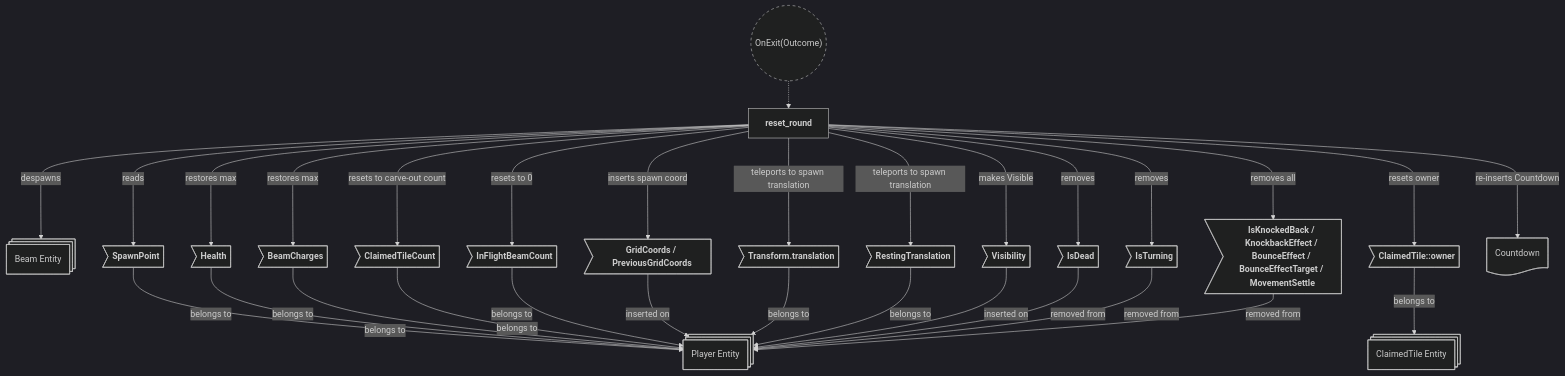
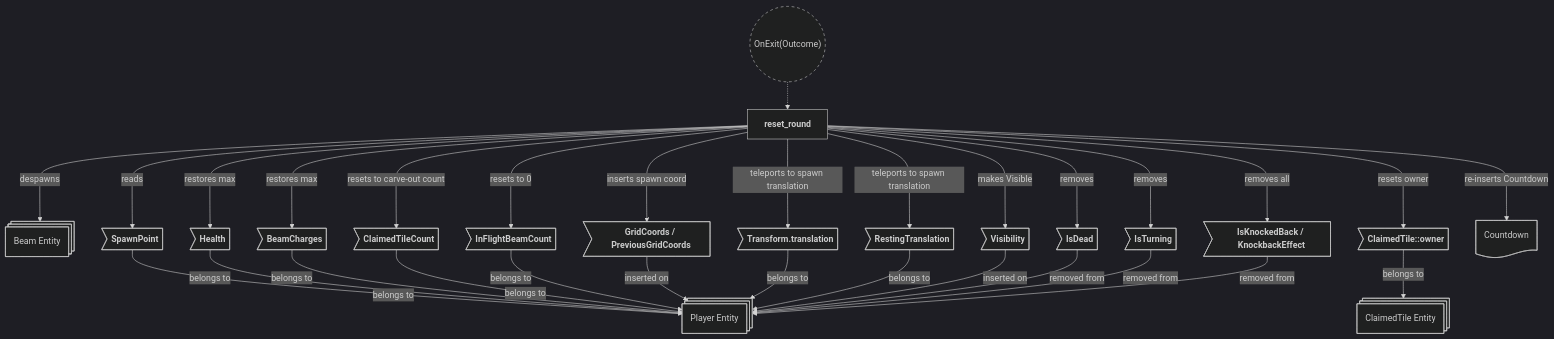
The ninth of 9 diagrams in backlog/docs/doc-15 - 013-Round-plugin.md (neurosoup/tyled), drawn with Mermaid before and after one commit. The commit also changed other lines of this file and 9 other files, not shown here.

````diff
--- a/backlog/docs/doc-15 - 013-Round-plugin.md
+++ b/backlog/docs/doc-15 - 013-Round-plugin.md
@@ -406,50 +406,50 @@
 ```mermaid
 ---
 config:
   theme: dark
 ---
 
 flowchart TD
 classDef system-group stroke-dasharray: 5 5
 
 state_transition(("`OnExit(Outcome)`")):::system-group
 reset_round["`**reset_round**`"]
 
 state_transition -.-> reset_round
 
 player_entity@{ shape: st-rect, label: "Player Entity" }
 tile_entity@{ shape: st-rect, label: "ClaimedTile Entity" }
 beam_entity@{ shape: st-rect, label: "Beam Entity" }
 
 pe_spawn>"`**SpawnPoint**`"] --> |belongs to| player_entity
 pe_health>"`**Health**`"] --> |belongs to| player_entity
 pe_charges>"`**BeamCharges**`"] --> |belongs to| player_entity
 pe_count>"`**ClaimedTileCount**`"] --> |belongs to| player_entity
 pe_in_flight>"`**InFlightBeamCount**`"] --> |belongs to| player_entity
 pe_coords>"`**GridCoords / PreviousGridCoords**`"] --> |inserted on| player_entity
 pe_transform>"`**Transform.translation**`"] --> |belongs to| player_entity
 pe_resting>"`**RestingTranslation**`"] --> |belongs to| player_entity
 pe_vis>"`**Visibility**`"] --> |inserted on| player_entity
 pe_dead>"`**IsDead**`"] --> |removed from| player_entity
 pe_turning>"`**IsTurning**`"] --> |removed from| player_entity
-pe_effect_state>"`**IsKnockedBack / KnockbackEffect / BounceEffect / BounceEffectTarget / MovementSettle**`"] --> |removed from| player_entity
+pe_effect_state>"`**IsKnockedBack / KnockbackEffect**`"] --> |removed from| player_entity
 te_owner>"`**ClaimedTile::owner**`"] --> |belongs to| tile_entity
 
 reset_round ---> |reads| pe_spawn
 reset_round ---> |restores max| pe_health
 reset_round ---> |restores max| pe_charges
 reset_round ---> |resets to carve-out count| pe_count
 reset_round ---> |resets to 0| pe_in_flight
 reset_round ---> |inserts spawn coord| pe_coords
 reset_round ---> |"teleports to spawn translation"| pe_transform
 reset_round ---> |"teleports to spawn translation"| pe_resting
 reset_round ---> |makes Visible| pe_vis
 reset_round ---> |removes| pe_dead
 reset_round ---> |removes| pe_turning
 reset_round ---> |removes all| pe_effect_state
 reset_round ---> |resets owner| te_owner
 reset_round ---> |despawns| beam_entity
 reset_round ---> |re-inserts Countdown| world_res
 
 world_res@{ shape: doc, label: "Countdown" }
 ```
````
